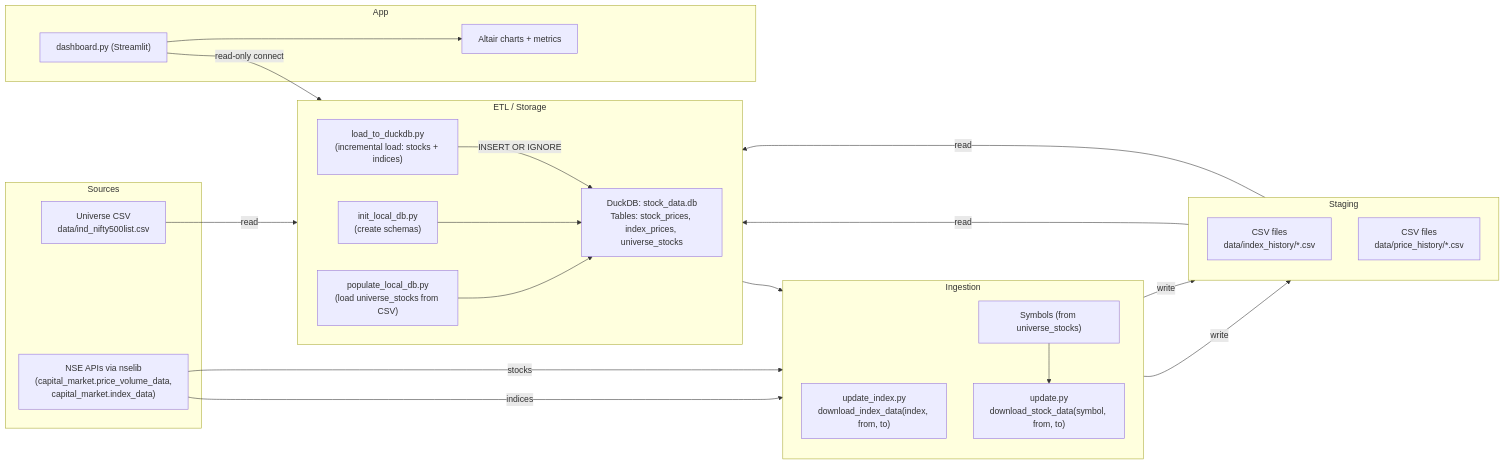
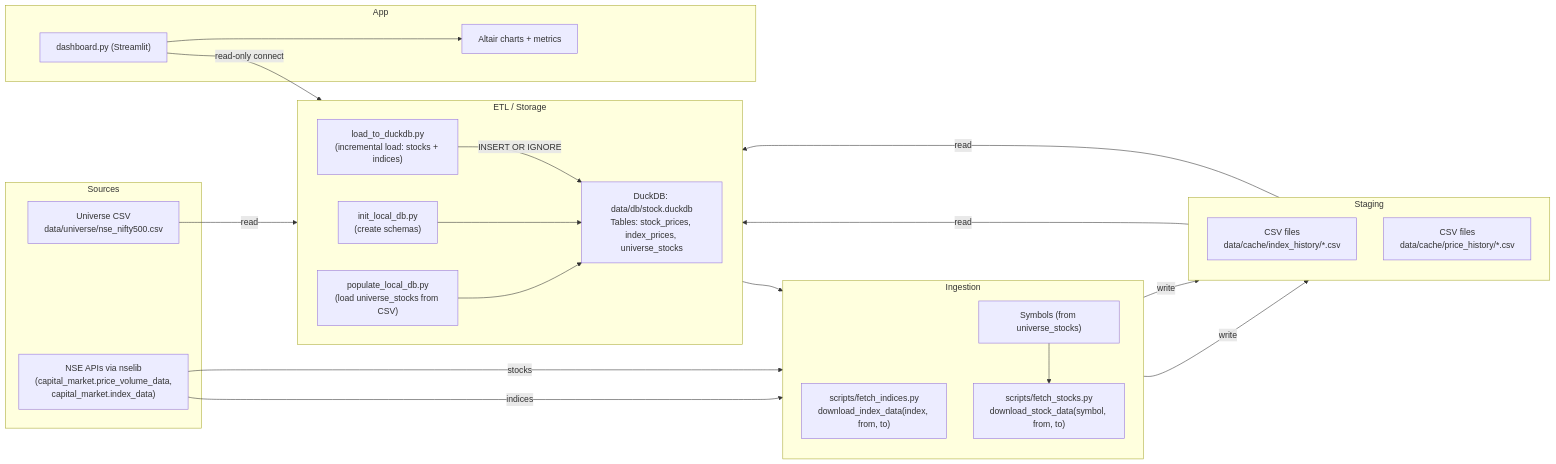
One commit to shayanrc/stockdash changed the diagram in ARCHITECTURE.md. Above: the diagram before and after it, drawn with Mermaid. The commit also changed other lines of this file and 18 other files, not shown here.

````diff
--- a/ARCHITECTURE.md
+++ b/ARCHITECTURE.md
@@ -7,54 +7,54 @@
 ```mermaid
 graph LR
 
   subgraph Sources
     A["NSE APIs via nselib<br/>(capital_market.price_volume_data,<br/>capital_market.index_data)"]
-    C0["Universe CSV<br/>data/ind_nifty500list.csv"]
+    C0["Universe CSV<br/>data/universe/nse_nifty500.csv"]
   end
 
   subgraph Ingestion
     direction TB
-    B2["update_index.py<br/>download_index_data(index, from, to)"]
-    B1["update.py<br/>download_stock_data(symbol, from, to)"]
+    B2["scripts/fetch_indices.py<br/>download_index_data(index, from, to)"]
+    B1["scripts/fetch_stocks.py<br/>download_stock_data(symbol, from, to)"]
     H["Symbols (from universe_stocks)"]
   end
 
   subgraph Staging
     direction TB
-    C2["CSV files<br/>data/index_history/*.csv"]
-    C1["CSV files<br/>data/price_history/*.csv"]
+    C2["CSV files<br/>data/cache/index_history/*.csv"]
+    C1["CSV files<br/>data/cache/price_history/*.csv"]
   end
 
   subgraph ETL / Storage
     direction LR
     D0["init_local_db.py<br/>(create schemas)"]
     D1["populate_local_db.py<br/>(load universe_stocks from CSV)"]
     D2["load_to_duckdb.py<br/>(incremental load: stocks + indices)"]
-    E["DuckDB: stock_data.db<br/>Tables: stock_prices, index_prices, universe_stocks"]
+    E["DuckDB: data/db/stock.duckdb<br/>Tables: stock_prices, index_prices, universe_stocks"]
   end
 
   subgraph App
     F["dashboard.py (Streamlit)"]
     G["Altair charts + metrics"]
   end
 
   %% Flows
   A -->|indices| B2
   A -->|stocks| B1
   B2 -->|write| C2
   B1 -->|write| C1
   C2 -->|read| D2
   C1 -->|read| D2
   D2 -->|INSERT OR IGNORE| E
 
   C0 -->|read| D1
   D0 --> E
   D1 --> E
 
   %% Universe symbols exposed near ingestion to avoid crossing blocks
   E --> H
   H --> B1
 
   F -->|read-only connect| E
   F --> G
 ```
````
